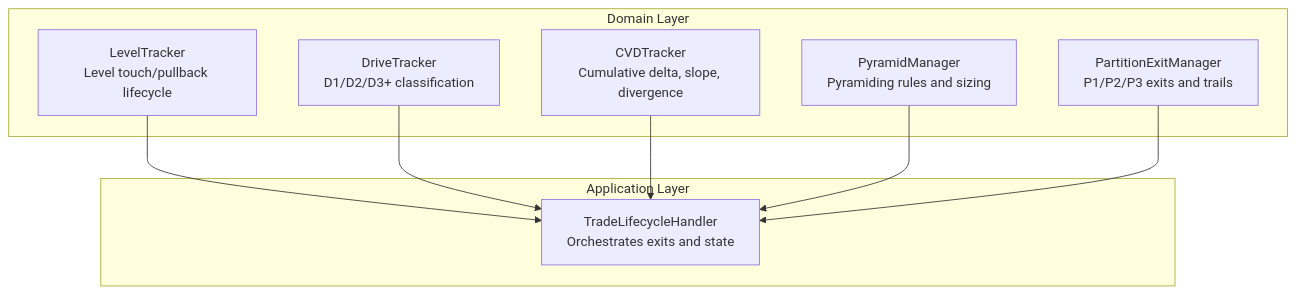
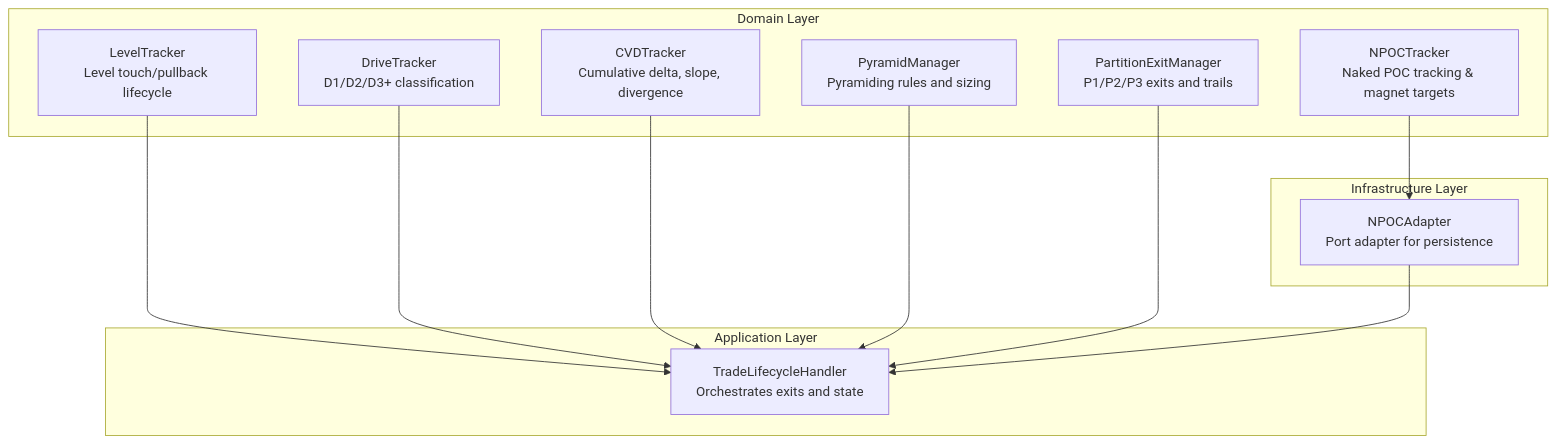
One commit to gemrajkhatry-maker/v5-of-glassytrade-ai changed the first of 9 diagrams in .qoder/repowiki/en/content/Backend Application/Domain Services/Specialized Tracking Services.md. Above: the diagram before and after it, drawn with Mermaid. The commit also changed other lines of this file and 930 other files, not shown here.

````diff
--- a/.qoder/repowiki/en/content/Backend Application/Domain Services/Specialized Tracking Services.md
+++ b/.qoder/repowiki/en/content/Backend Application/Domain Services/Specialized Tracking Services.md
@@ -41,18 +55,24 @@
 ```mermaid
 graph TB
 subgraph "Domain Layer"
 LT["LevelTracker<br/>Level touch/pullback lifecycle"]
 DT["DriveTracker<br/>D1/D2/D3+ classification"]
 CVD["CVDTracker<br/>Cumulative delta, slope, divergence"]
 PY["PyramidManager<br/>Pyramiding rules and sizing"]
 PE["PartitionExitManager<br/>P1/P2/P3 exits and trails"]
+NPOC["NPOCTracker<br/>Naked POC tracking & magnet targets"]
+end
+subgraph "Infrastructure Layer"
+NPAD["NPOCAdapter<br/>Port adapter for persistence"]
 end
 subgraph "Application Layer"
 TLH["TradeLifecycleHandler<br/>Orchestrates exits and state"]
 end
 LT --> TLH
 DT --> TLH
 CVD --> TLH
 PY --> TLH
 PE --> TLH
+NPOC --> NPAD
+NPAD --> TLH
 ```
````
